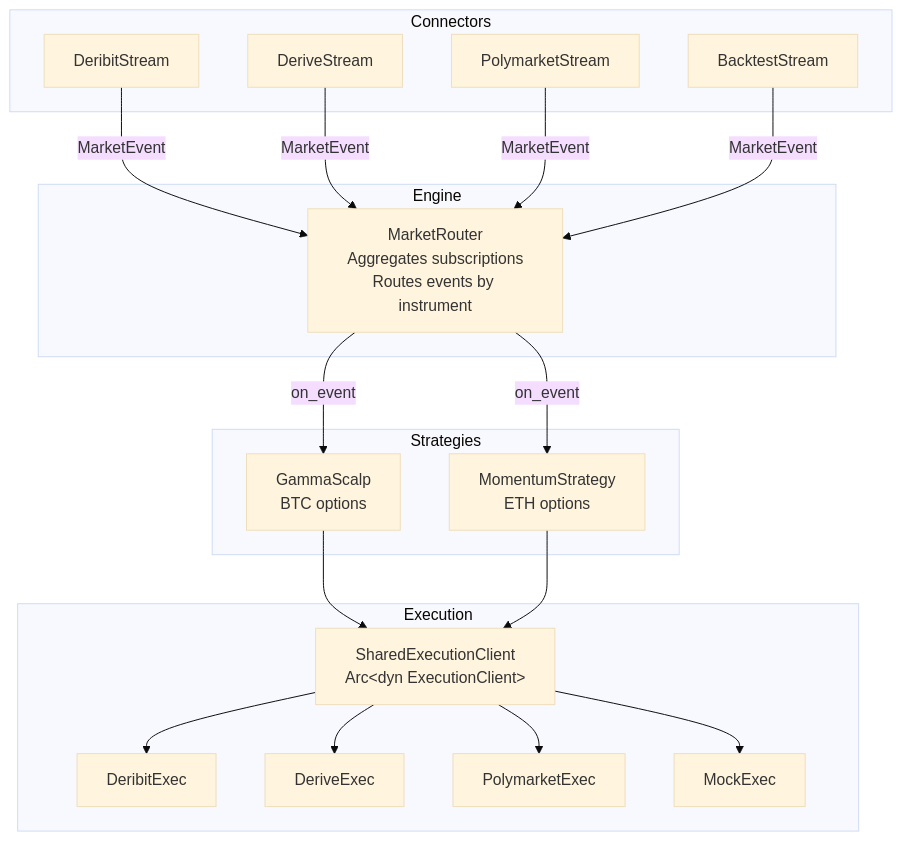
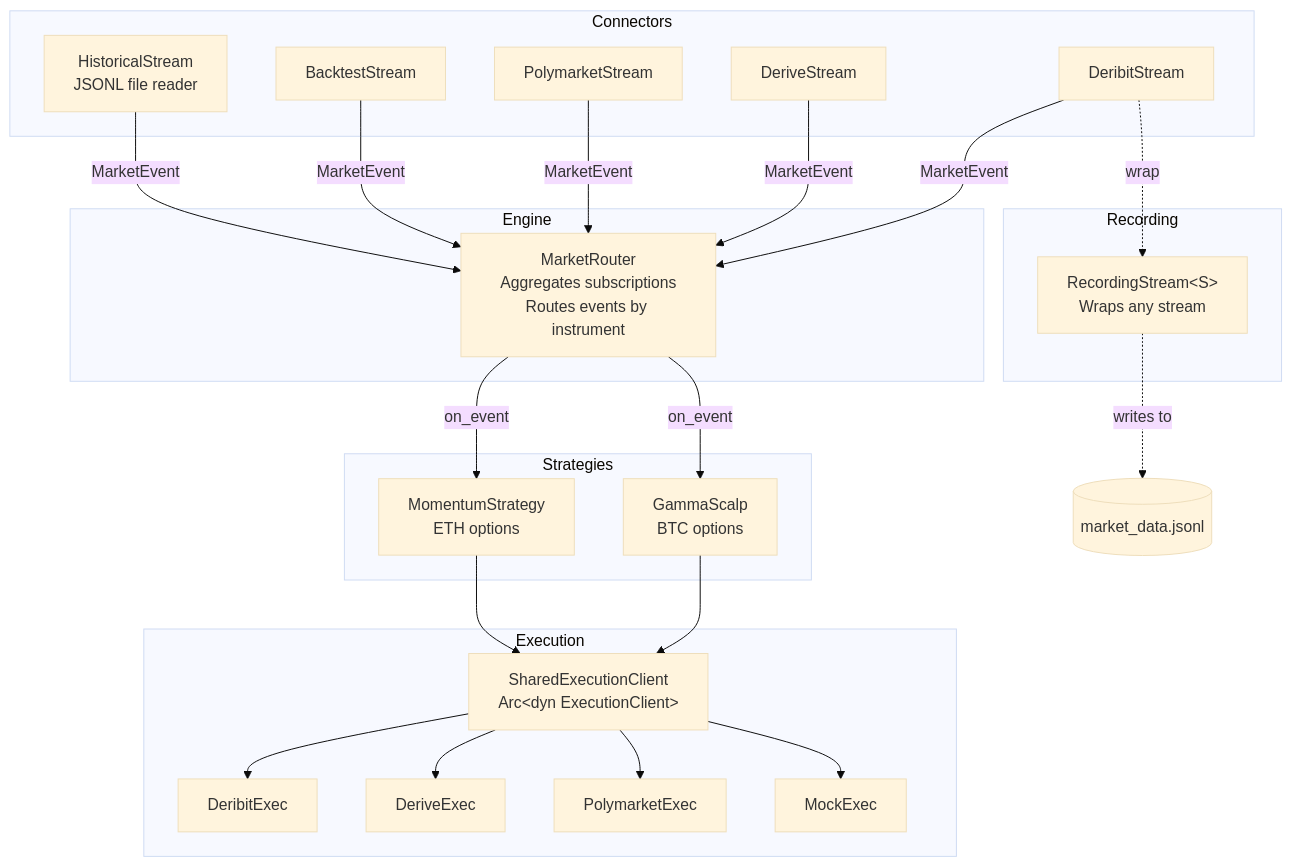
Before and after one commit to Thomas-Redding/cracker3: the diagram in README.md, drawn with Mermaid (base theme). The commit also changed other lines of this file and 3 other files, not shown here.

````diff
--- a/README.md
+++ b/README.md
@@ -59,41 +66,50 @@
 ```mermaid
 graph TD
     subgraph Connectors
         DS[DeribitStream]
         DRS[DeriveStream]
         PS[PolymarketStream]
         BS[BacktestStream]
+        HS[HistoricalStream<br/>JSONL file reader]
+    end
+
+    subgraph Recording
+        RS[RecordingStream&lt;S&gt;<br/>Wraps any stream]
     end
 
     subgraph Engine
         MR[MarketRouter<br/>Aggregates subscriptions<br/>Routes events by instrument]
     end
 
     subgraph Strategies
         S1[GammaScalp<br/>BTC options]
         S2[MomentumStrategy<br/>ETH options]
     end
 
     subgraph Execution
         SEC[SharedExecutionClient<br/>Arc&lt;dyn ExecutionClient&gt;]
         DE[DeribitExec]
         DRE[DeriveExec]
         PE[PolymarketExec]
         ME[MockExec]
     end
 
     DS -->|MarketEvent| MR
     DRS -->|MarketEvent| MR
     PS -->|MarketEvent| MR
     BS -->|MarketEvent| MR
+    HS -->|MarketEvent| MR
+    
+    DS -.->|wrap| RS
+    RS -.->|writes to| JSONL[(market_data.jsonl)]
 
     MR -->|on_event| S1
     MR -->|on_event| S2
 
     S1 --> SEC
     S2 --> SEC
     SEC --> DE
     SEC --> DRE
     SEC --> PE
     SEC --> ME
 ```
````
